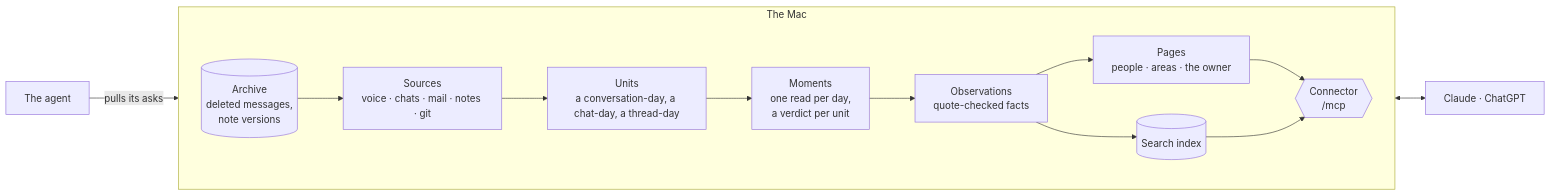
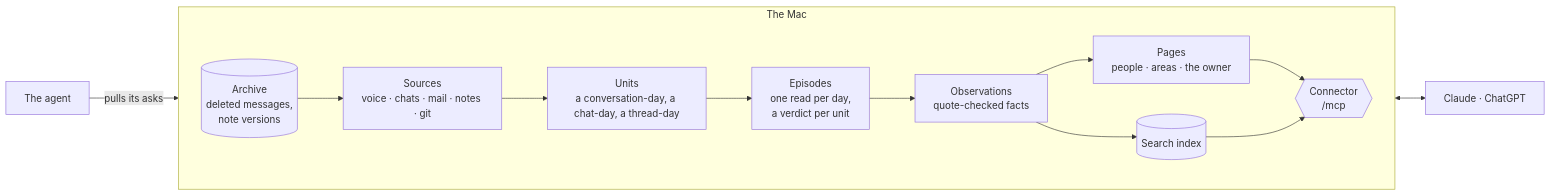
The diagram in docs/architecture.md (eric-edouard/life), drawn with Mermaid before and after one commit. The commit also changed other lines of this file and 76 other files, not shown here.

Commit message:
Moments become episodes: one word for what happened, renamed in code, prompt, docs and stored data (migration episodes-2026-11, his OK of 5 Nov); the Past calendar drops events of an older Life

````diff
--- a/docs/architecture.md
+++ b/docs/architecture.md
@@ -31,16 +31,16 @@
 ```mermaid
 flowchart LR
   subgraph Mac["The Mac"]
     direction LR
     S["Sources<br/>voice · chats · mail · notes · git"] --> U["Units<br/>a conversation-day, a chat-day, a thread-day"]
-    U --> M["Moments<br/>one read per day,<br/>a verdict per unit"]
+    U --> M["Episodes<br/>one read per day,<br/>a verdict per unit"]
     M --> O["Observations<br/>quote-checked facts"]
     O --> P["Pages<br/>people · areas · the owner"]
     O --> I[("Search index")]
     A[("Archive<br/>deleted messages,<br/>note versions")] --> S
     P --> C{{"Connector<br/>/mcp"}}
     I --> C
   end
   C <--> AI["Claude · ChatGPT"]
   AG["The agent"] -- "pulls its asks" --> C
 ```
````
